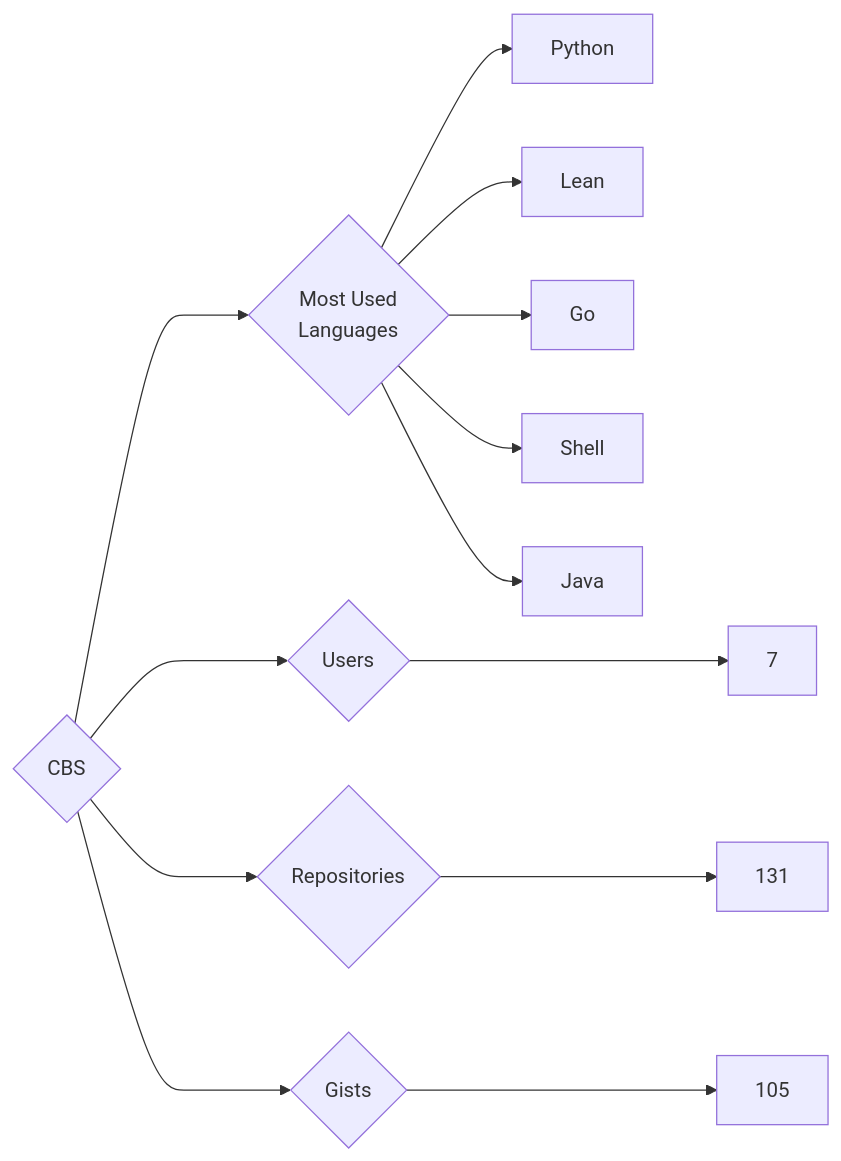
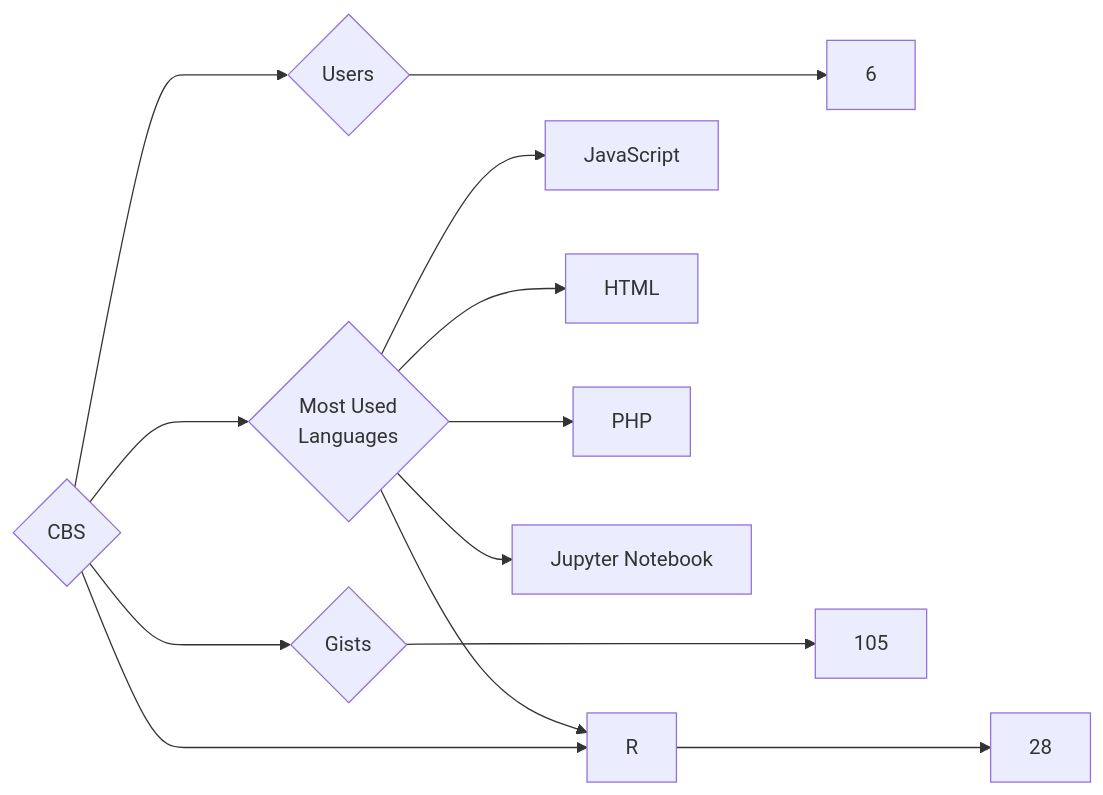
One commit to trickest/insiders changed the diagram in targets/CBS/README.md. Above: the diagram before and after it, drawn with Mermaid. The commit also changed 1092 other files, not shown here.

````diff
--- a/targets/CBS/README.md
+++ b/targets/CBS/README.md
@@ -3,13 +3,13 @@
 ```mermaid
 graph LR
 COMPANY_NAME{CBS}
-COMPANY_NAME ---> U{Users} ---> UN[7]
-COMPANY_NAME ---> R{Repositories} ---> RN[131]
+COMPANY_NAME ---> U{Users} ---> UN[6]
+COMPANY_NAME ---> R{Repositories} ---> RN[28]
 COMPANY_NAME ---> G{Gists} ---> GN[105]
 COMPANY_NAME ---> ML{Most Used<br>Languages}
-ML --> Python[Python]
-ML --> Lean[Lean]
-ML --> Go[Go]
-ML --> Shell[Shell]
-ML --> Java[Java]
+ML --> JavaScript[JavaScript]
+ML --> HTML[HTML]
+ML --> R[R]
+ML --> PHP[PHP]
+ML --> Jupyter_Notebook[Jupyter Notebook]
 ```
````
